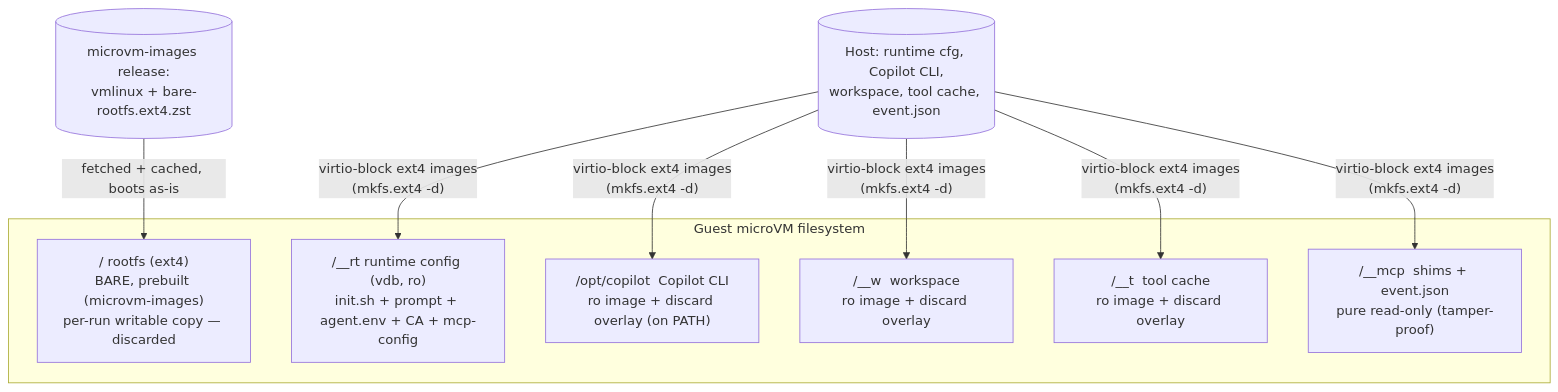
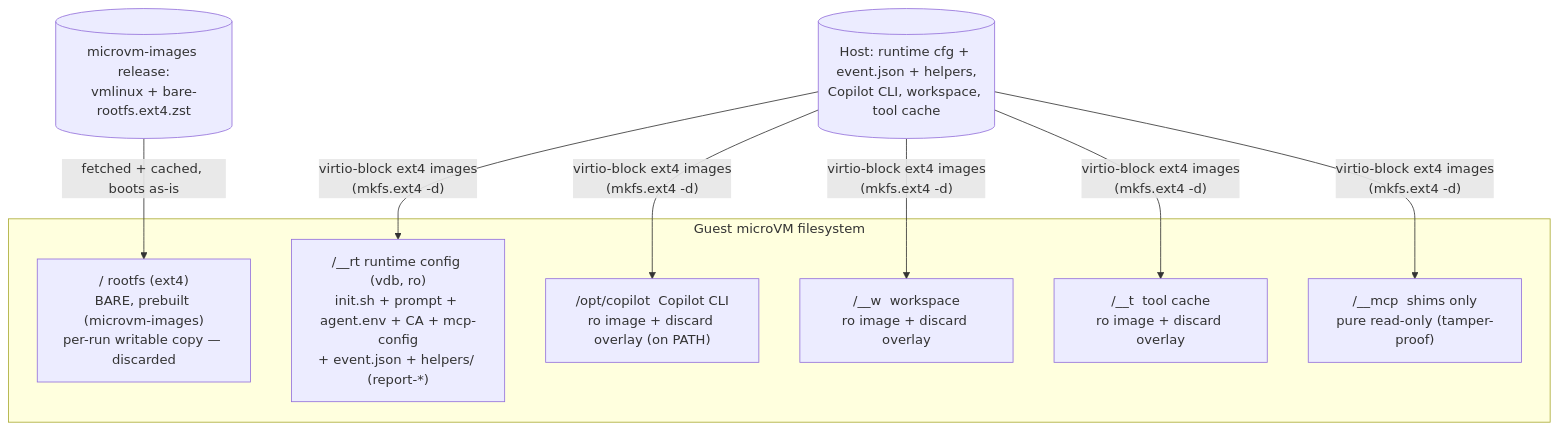
The sixth of 7 diagrams in docs/architecture.md (ericsciple/microvm-agent), drawn with Mermaid before and after one commit. The commit also changed other lines of this file and 1 other file, not shown here.

First line of the commit message:
docs: update architecture + README for 2.2 (event.json on /__rt, diagnostics, console filter)

````diff
--- a/docs/architecture.md
+++ b/docs/architecture.md
@@ -188,13 +233,13 @@
 ```mermaid
 flowchart TB
   subgraph VM["Guest microVM filesystem"]
     ROOT["/ rootfs (ext4)<br/>BARE, prebuilt (microvm-images)<br/>per-run writable copy — discarded"]
-    RT["/__rt runtime config (vdb, ro)<br/>init.sh + prompt + agent.env + CA + mcp-config"]
+    RT["/__rt runtime config (vdb, ro)<br/>init.sh + prompt + agent.env + CA + mcp-config<br/>+ event.json + helpers/ (report-*)"]
     CP["/opt/copilot  Copilot CLI<br/>ro image + discard overlay (on PATH)"]
     W["/__w  workspace<br/>ro image + discard overlay"]
     T["/__t  tool cache<br/>ro image + discard overlay"]
-    MCP["/__mcp  shims + event.json<br/>pure read-only (tamper-proof)"]
+    MCP["/__mcp  shims only<br/>pure read-only (tamper-proof)"]
   end
   IMAGES[("microvm-images release:<br/>vmlinux + bare-rootfs.ext4.zst")] -->|fetched + cached, boots as-is| ROOT
-  HOSTFS[("Host: runtime cfg, Copilot CLI,<br/>workspace, tool cache, event.json")] -->|"virtio-block ext4 images<br/>(mkfs.ext4 -d)"| RT & CP & W & T & MCP
+  HOSTFS[("Host: runtime cfg + event.json + helpers,<br/>Copilot CLI, workspace, tool cache")] -->|"virtio-block ext4 images<br/>(mkfs.ext4 -d)"| RT & CP & W & T & MCP
 ```
````
